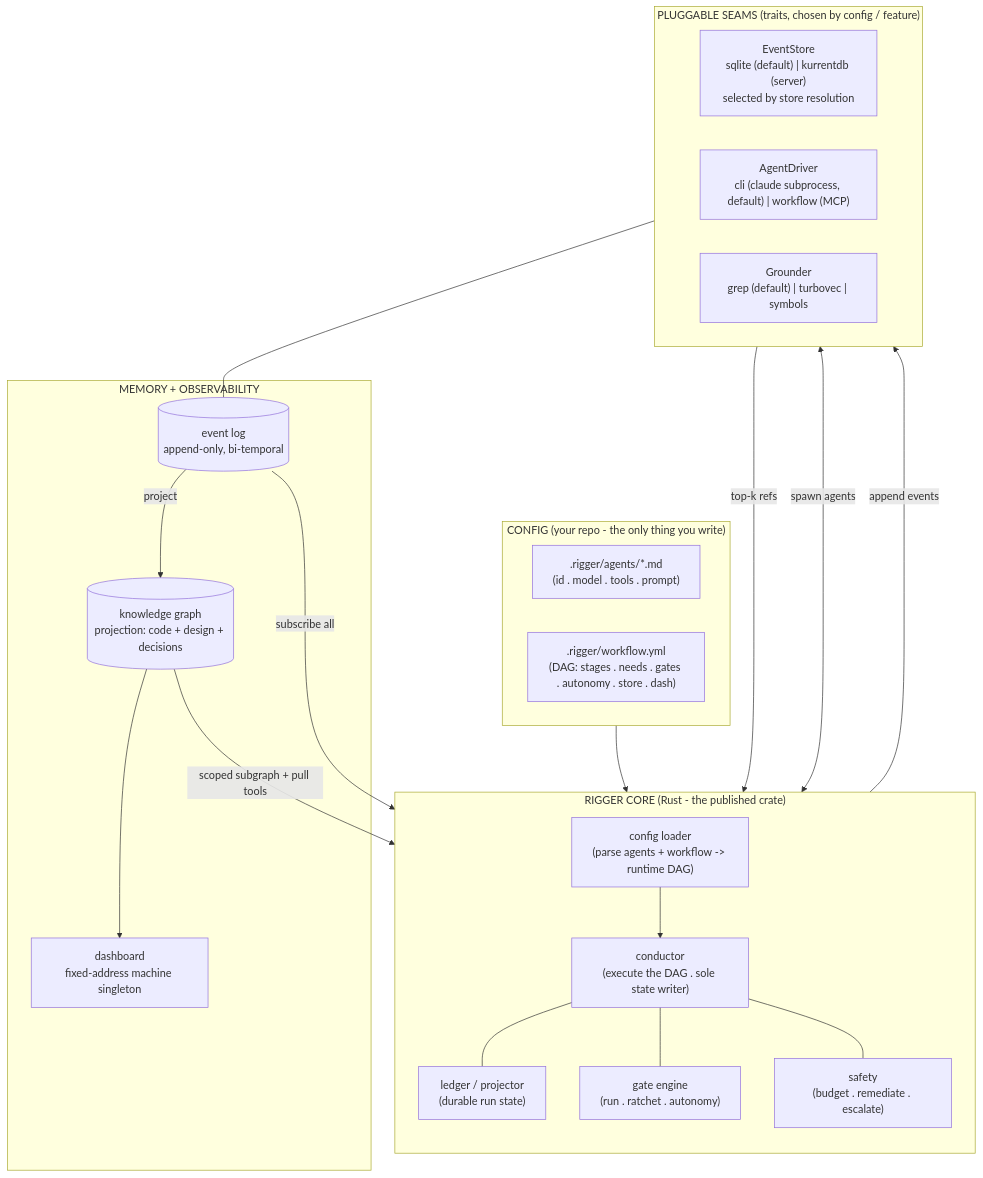
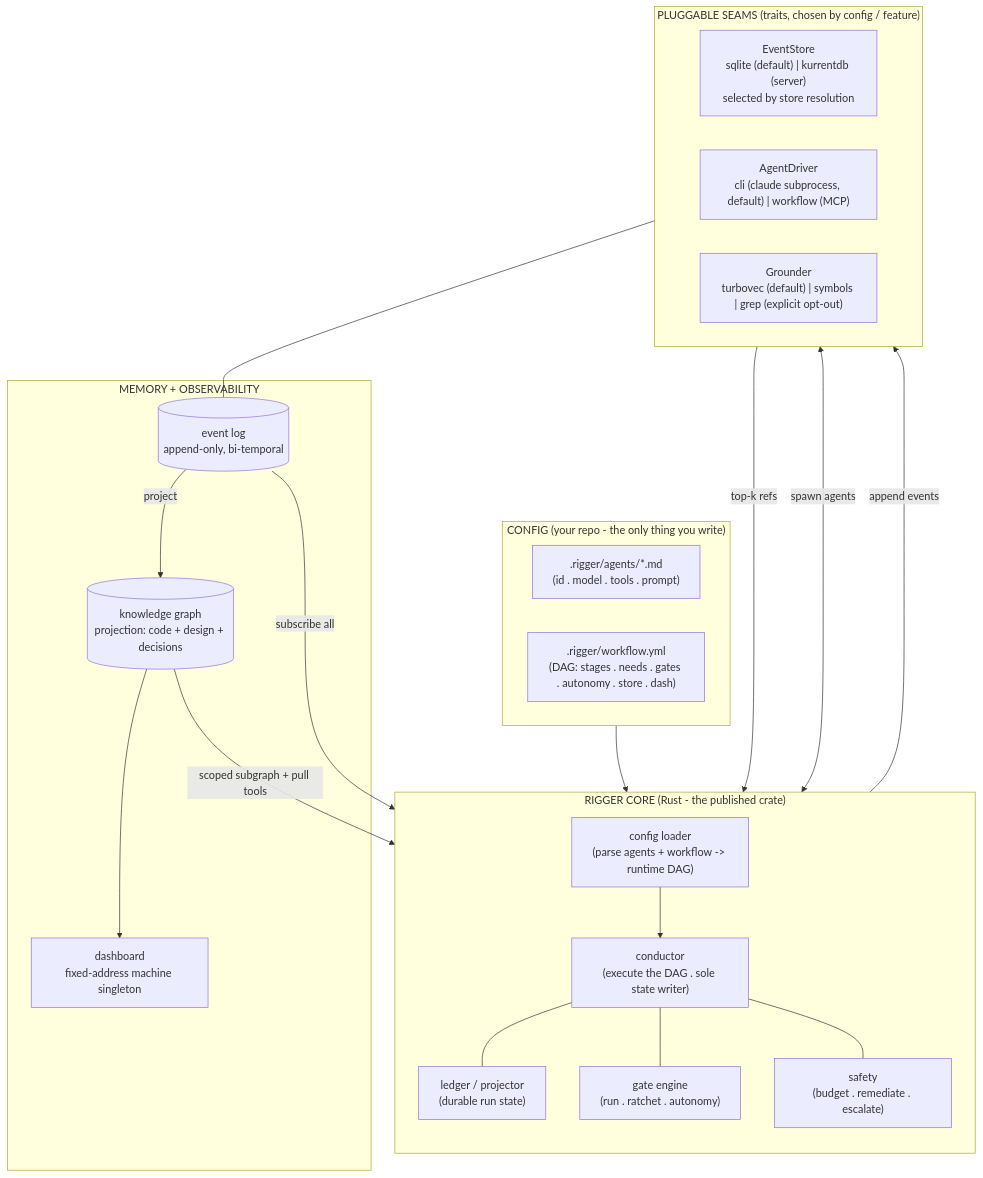
The first of 3 diagrams in docs/architecture.md (virtual-velocitation/rigger), drawn with Mermaid before and after one commit. The commit also changed other lines of this file, not shown here.

First line of the commit message:
docs(56): fix Grounder-seam + dash-singleton current-surface accuracy (c1 remediation)

````diff
--- a/docs/architecture.md
+++ b/docs/architecture.md
@@ -118,41 +118,41 @@
 ```mermaid
 flowchart TB
   subgraph CFG["CONFIG (your repo - the only thing you write)"]
     AG[".rigger/agents/*.md<br/>(id . model . tools . prompt)"]
     WF[".rigger/workflow.yml<br/>(DAG: stages . needs . gates . autonomy . store . dash)"]
   end
 
   subgraph CORE["RIGGER CORE (Rust - the published crate)"]
     direction TB
     LOADER["config loader<br/>(parse agents + workflow -> runtime DAG)"]
     COND["conductor<br/>(execute the DAG . sole state writer)"]
     LEDGER["ledger / projector<br/>(durable run state)"]
     GATES["gate engine<br/>(run . ratchet . autonomy)"]
     SAFE["safety<br/>(budget . remediate . escalate)"]
     LOADER --> COND
     COND --- LEDGER & GATES & SAFE
   end
 
   subgraph SEAMS["PLUGGABLE SEAMS (traits, chosen by config / feature)"]
     direction LR
     ES["EventStore<br/>sqlite (default) | kurrentdb (server)<br/>selected by store resolution"]
     DR["AgentDriver<br/>cli (claude subprocess, default) | workflow (MCP)"]
-    GR["Grounder<br/>grep (default) | turbovec | symbols"]
+    GR["Grounder<br/>turbovec (default) | symbols | grep (explicit opt-out)"]
   end
 
   subgraph MEM["MEMORY + OBSERVABILITY"]
     LOG[("event log<br/>append-only, bi-temporal")]
     CG[("knowledge graph<br/>projection: code + design + decisions")]
     DASH["dashboard<br/>fixed-address machine singleton"]
     LOG -->|project| CG
     CG --> DASH
   end
 
   CFG --> LOADER
   COND <-->|spawn agents| DR
   COND -->|append events| ES
   ES --- LOG
   LOG -->|subscribe all| COND
   CG -->|scoped subgraph + pull tools| COND
   GR -->|top-k refs| COND
 ```
````
